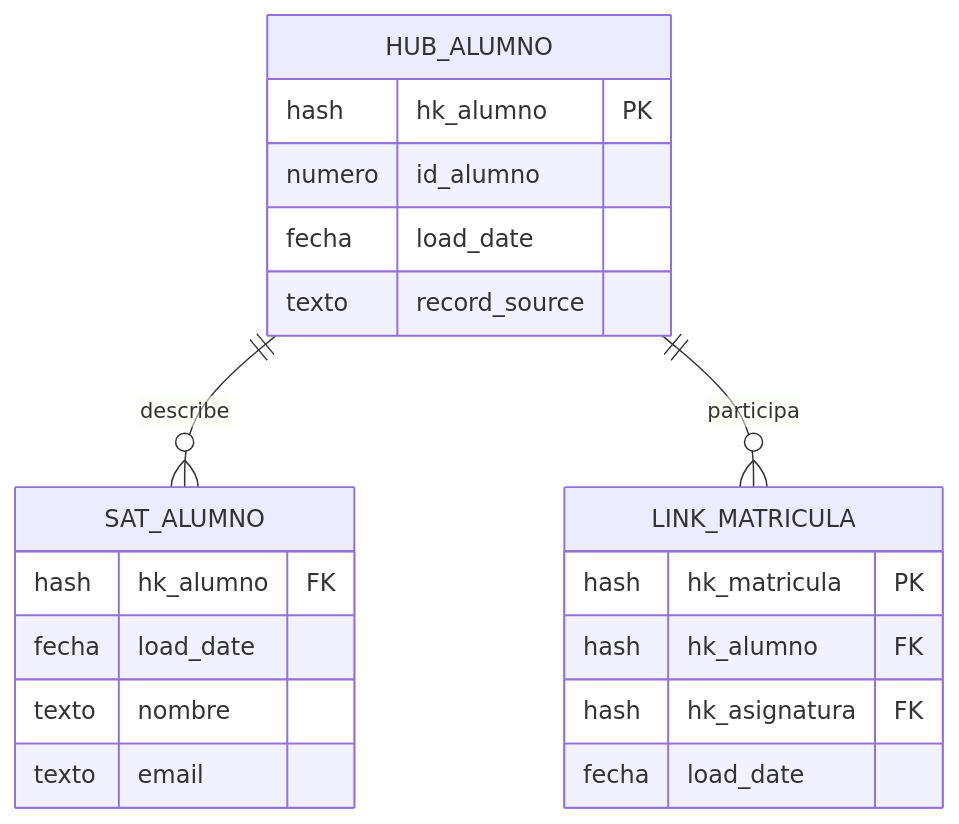
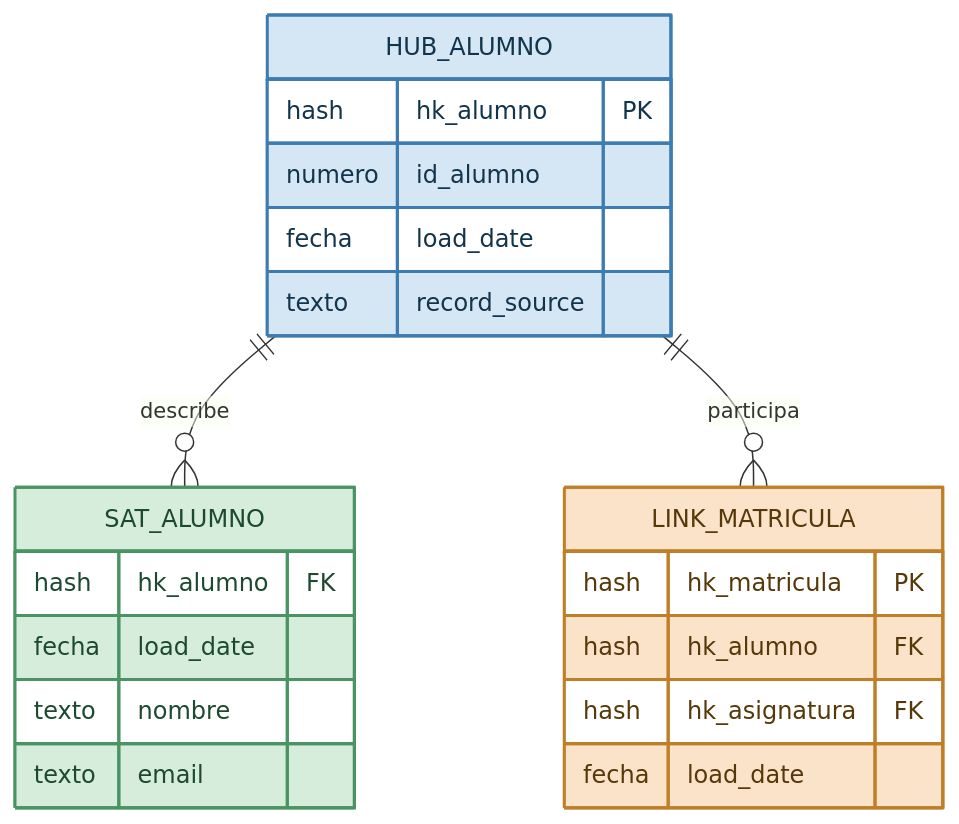
The second of 5 diagrams in content/appendices/variantes_modelado.qmd (IraitzM/ingenieria-datos), drawn with Mermaid before and after one commit. The commit also changed other lines of this file and 1 other file, not shown here.

````diff
--- a/content/appendices/variantes_modelado.qmd
+++ b/content/appendices/variantes_modelado.qmd
@@ -105,23 +112,30 @@
 ```{mermaid}
 erDiagram
     HUB_ALUMNO {
         hash hk_alumno PK
         numero id_alumno
         fecha load_date
         texto record_source
     }
     SAT_ALUMNO {
         hash hk_alumno FK
         fecha load_date
         texto nombre
         texto email
     }
     LINK_MATRICULA {
         hash hk_matricula PK
         hash hk_alumno FK
         hash hk_asignatura FK
         fecha load_date
     }
     HUB_ALUMNO ||--o{ SAT_ALUMNO : describe
     HUB_ALUMNO ||--o{ LINK_MATRICULA : participa
+
+    classDef clave fill:#d5e6f5,stroke:#3d7cb0,stroke-width:2px,color:#12354e
+    classDef contexto fill:#d7eddc,stroke:#4a9463,stroke-width:2px,color:#1c4a2e
+    classDef relacion fill:#fae3c8,stroke:#bf7f28,stroke-width:2px,color:#573809
+    class HUB_ALUMNO clave
+    class SAT_ALUMNO contexto
+    class LINK_MATRICULA relacion
 ```
````
